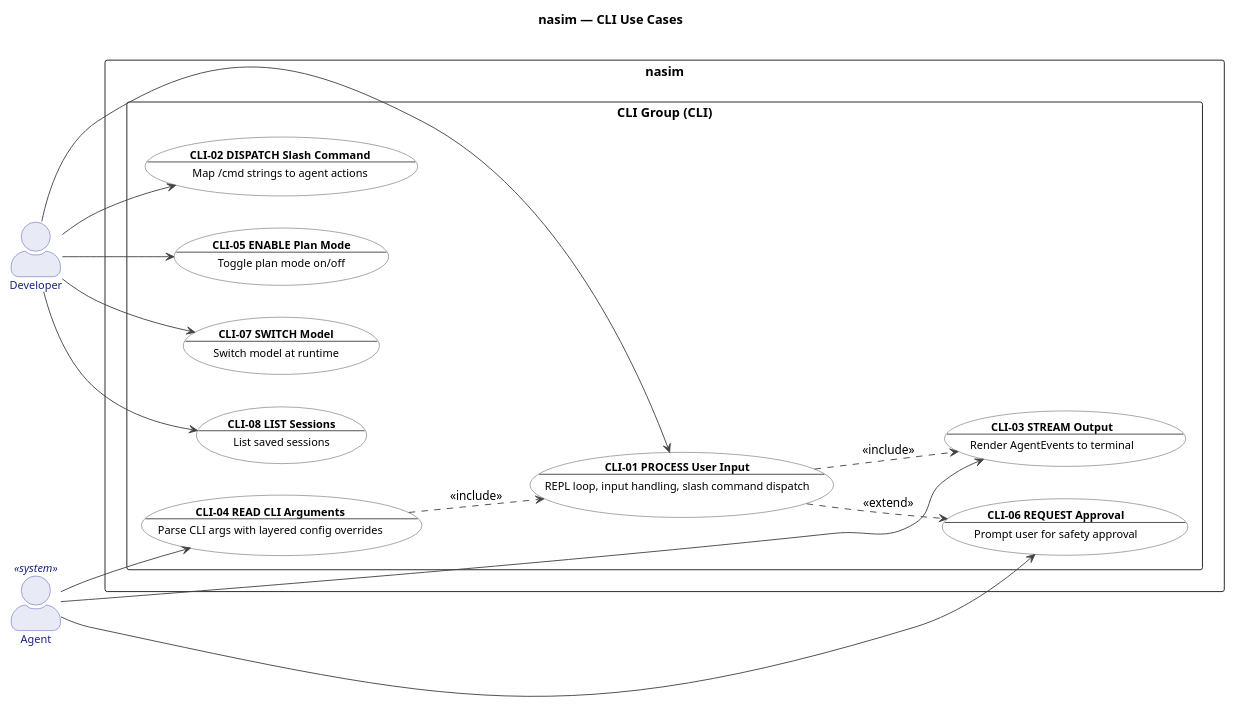
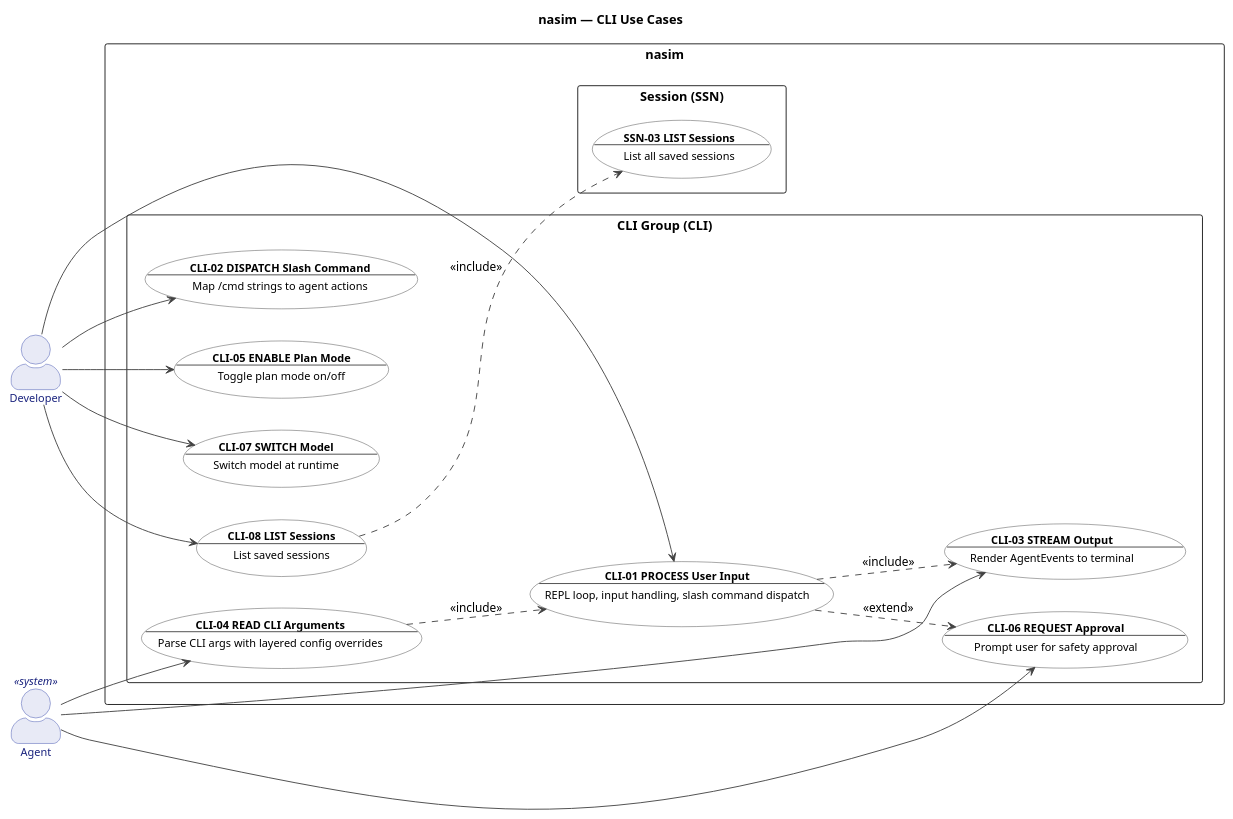
One commit to salimnamvar/nasim changed the tenth of 22 diagrams in UC.md. Above: the diagram before and after it, drawn with PlantUML. The commit also changed other lines of this file and 9 other files, not shown here.

```diff
--- a/UC.md
+++ b/UC.md
@@ -970,6 +1003,10 @@
     usecase "**CLI-07 SWITCH Model**\n--\nSwitch model at runtime" as CLI07
     usecase "**CLI-08 LIST Sessions**\n--\nList saved sessions" as CLI08
   }
+
+  package "Session (SSN)" {
+    usecase "**SSN-03 LIST Sessions**\n--\nList all saved sessions" as SSN03
+  }
 }
 
 ' ============================================================
@@ -992,5 +1029,6 @@
 CLI01 ..> CLI03 : <<include>>
 CLI04 ..> CLI01 : <<include>>
 CLI01 ..> CLI06 : <<extend>>
+CLI08 ..> SSN03 : <<include>>
 
 @enduml
```
